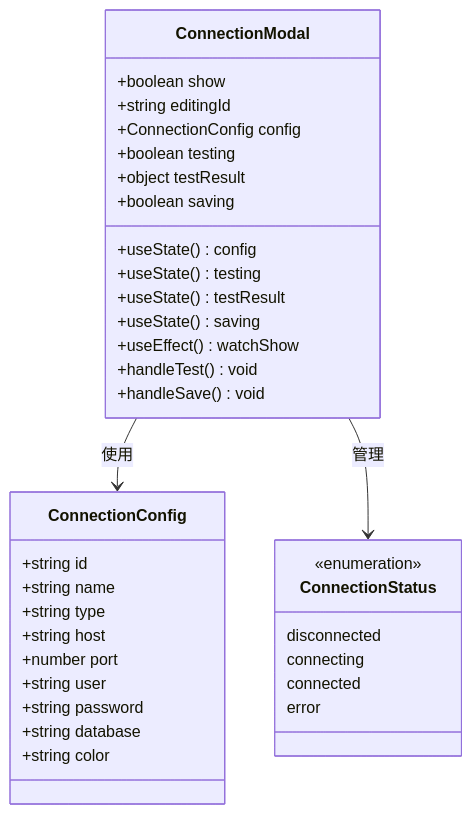
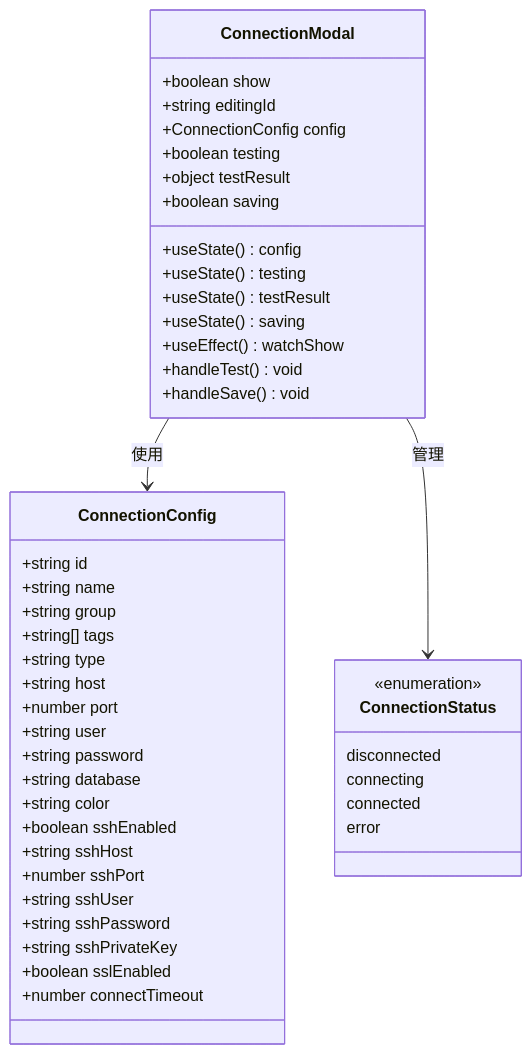
The fourth of 13 diagrams in .qoder/repowiki/zh/content/架构设计/组件系统架构/工具组件/连接弹窗组件.md (wwenbo2048/nexsql), drawn with Mermaid before and after one commit. The commit also changed other lines of this file and 19 other files, not shown here.

````diff
--- a/.qoder/repowiki/zh/content/架构设计/组件系统架构/工具组件/连接弹窗组件.md
+++ b/.qoder/repowiki/zh/content/架构设计/组件系统架构/工具组件/连接弹窗组件.md
@@ -233,38 +259,48 @@
 ```mermaid
 classDiagram
 class ConnectionModal {
 +boolean show
 +string editingId
 +ConnectionConfig config
 +boolean testing
 +object testResult
 +boolean saving
 +useState() config
 +useState() testing
 +useState() testResult
 +useState() saving
 +useEffect() watchShow
 +handleTest() void
 +handleSave() void
 }
 class ConnectionConfig {
 +string id
 +string name
++string group
++string[] tags
 +string type
 +string host
 +number port
 +string user
 +string password
 +string database
 +string color
++boolean sshEnabled
++string sshHost
++number sshPort
++string sshUser
++string sshPassword
++string sshPrivateKey
++boolean sslEnabled
++number connectTimeout
 }
 class ConnectionStatus {
 <<enumeration>>
 disconnected
 connecting
 connected
 error
 }
 ConnectionModal --> ConnectionConfig : 使用
 ConnectionModal --> ConnectionStatus : 管理
 ```
````
